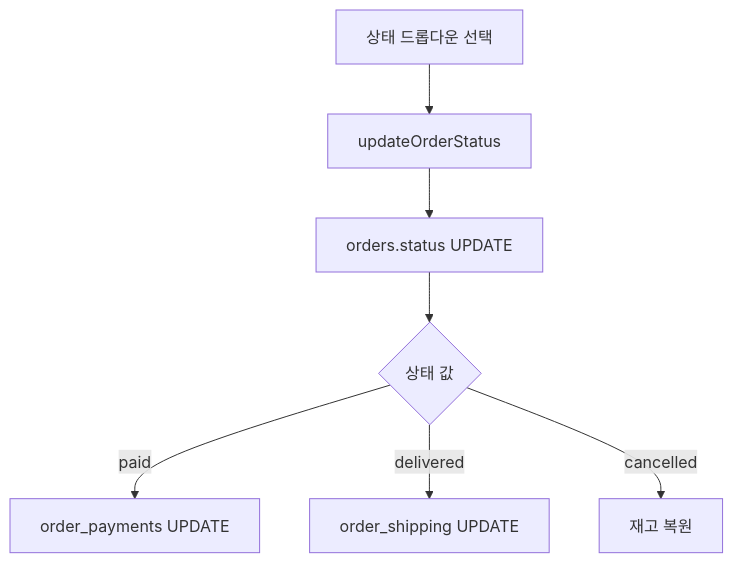
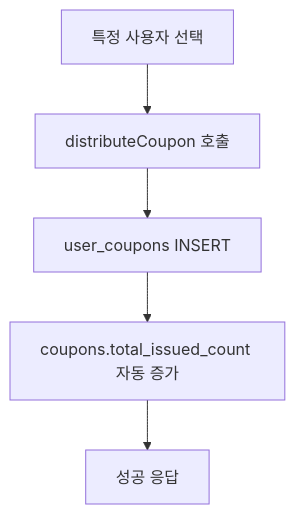
One commit to Theloho/live-commerce changed the tenth of 12 diagrams in DETAILED_DATA_FLOW.md. Above: the diagram before and after it, drawn with Mermaid. The commit also changed other lines of this file and 23 other files, not shown here.

````diff
--- a/DETAILED_DATA_FLOW.md
+++ b/DETAILED_DATA_FLOW.md
@@ -878,9 +1012,7 @@
 ```mermaid
 graph TD
-    A[상태 드롭다운 선택] --> B[updateOrderStatus]
-    B --> C[orders.status UPDATE]
-    C --> D{상태 값}
-    D -->|paid| E[order_payments UPDATE]
-    D -->|delivered| F[order_shipping UPDATE]
-    D -->|cancelled| G[재고 복원]
+    A[특정 사용자 선택] --> B[distributeCoupon 호출]
+    B --> C[user_coupons INSERT]
+    C --> D[coupons.total_issued_count 자동 증가]
+    D --> E[성공 응답]
 ```
````
